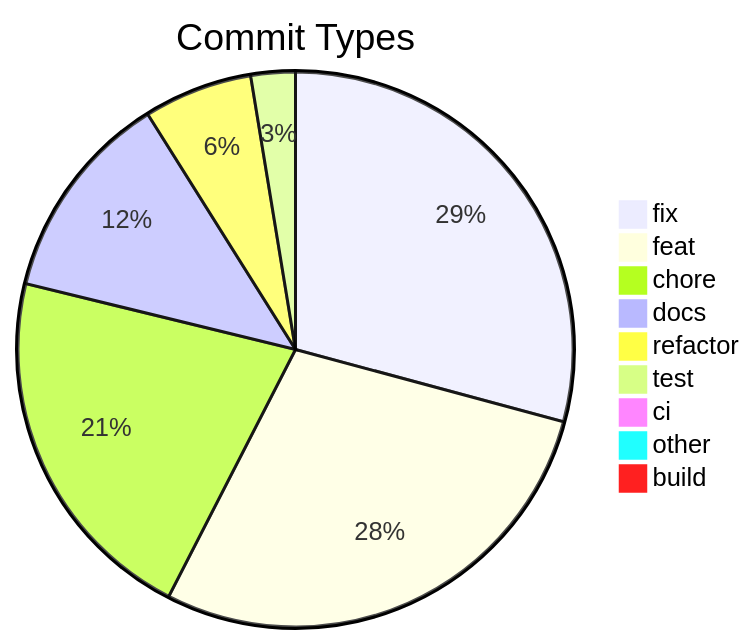
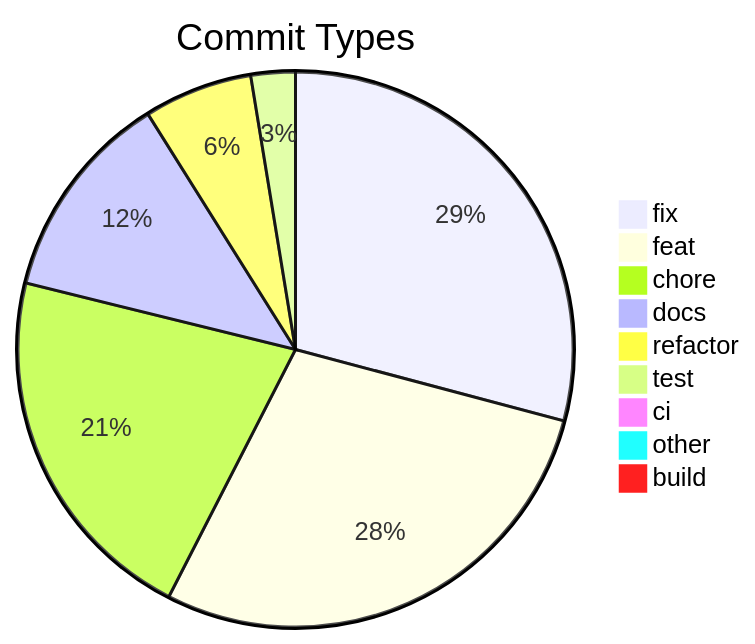
One commit to svenroth-ai/shipwright changed the diagram in .shipwright/compliance/change-history.md. Above: the diagram before and after it, drawn with Mermaid. The commit also changed other lines of this file and 9 other files, not shown here.

````diff
--- a/.shipwright/compliance/change-history.md
+++ b/.shipwright/compliance/change-history.md
@@ -9,12 +9,12 @@
 ```mermaid
 pie title Commit Types
     "fix" : 350
-    "feat" : 340
-    "chore" : 255
+    "feat" : 341
+    "chore" : 256
     "docs" : 147
     "refactor" : 76
     "test" : 31
     "ci" : 11
     "other" : 9
     "build" : 1
 ```
````
